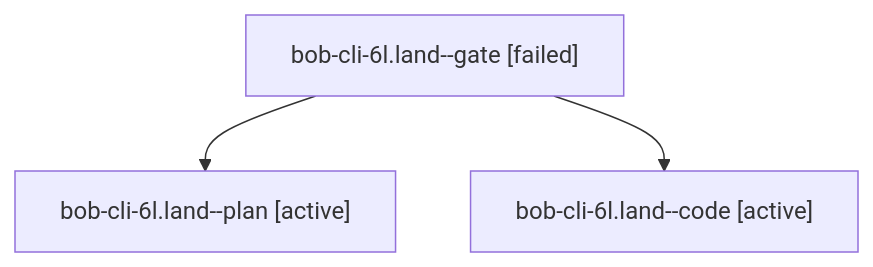
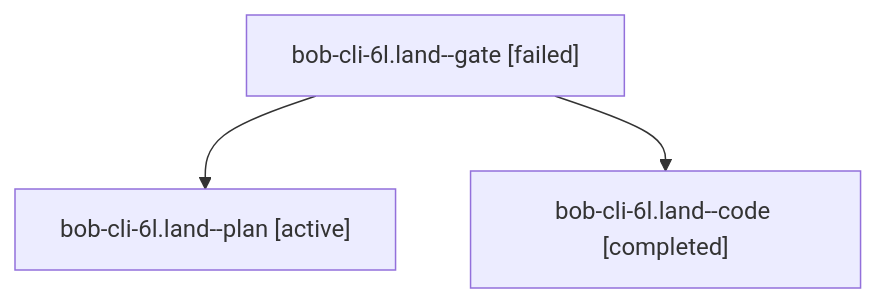
Before and after one commit to bobs-org/bob-cli--agents: the diagram in sessions/bbugyi200.apollo.bob-cli-6l.land.md, drawn with Mermaid. The commit also changed other lines of this file and 72 other files, not shown here.

````diff
--- a/sessions/bbugyi200.apollo.bob-cli-6l.land.md
+++ b/sessions/bbugyi200.apollo.bob-cli-6l.land.md
@@ -9,8 +9,8 @@
 ```mermaid
 flowchart TD
   n0["bob-cli-6l.land--gate [failed]"]
   n1["bob-cli-6l.land--plan [active]"]
   n0 --> n1
-  n2["bob-cli-6l.land--code [active]"]
+  n2["bob-cli-6l.land--code [completed]"]
   n0 --> n2
 ```
````
